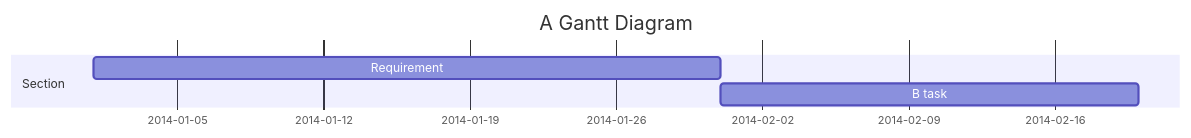
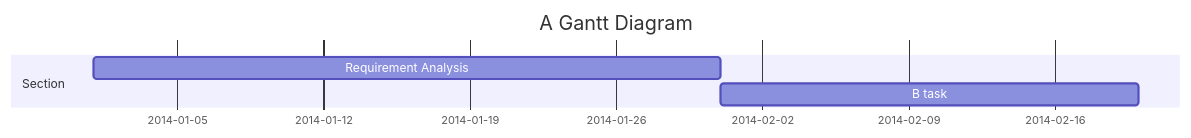
One commit to sayshelley/iodraw-files changed the diagram in all/Code Gantt Chart.md. Above: the diagram before and after it, drawn with Mermaid.

Commit message:
2024-10-04 15:41:10 update

````diff
--- a/all/Code Gantt Chart.md
+++ b/all/Code Gantt Chart.md
@@ -1,10 +1,10 @@
 ```mermaid
 gantt
     title A Gantt Diagram
     dateFormat  YYYY-MM-DD
     section Section
-    Requirement           :a1, 2014-01-01, 30d
+    Requirement Analysis        :a1, 2014-01-01, 30d
     B task     :a2, after a1  , 20d
 
    
 ```
````
